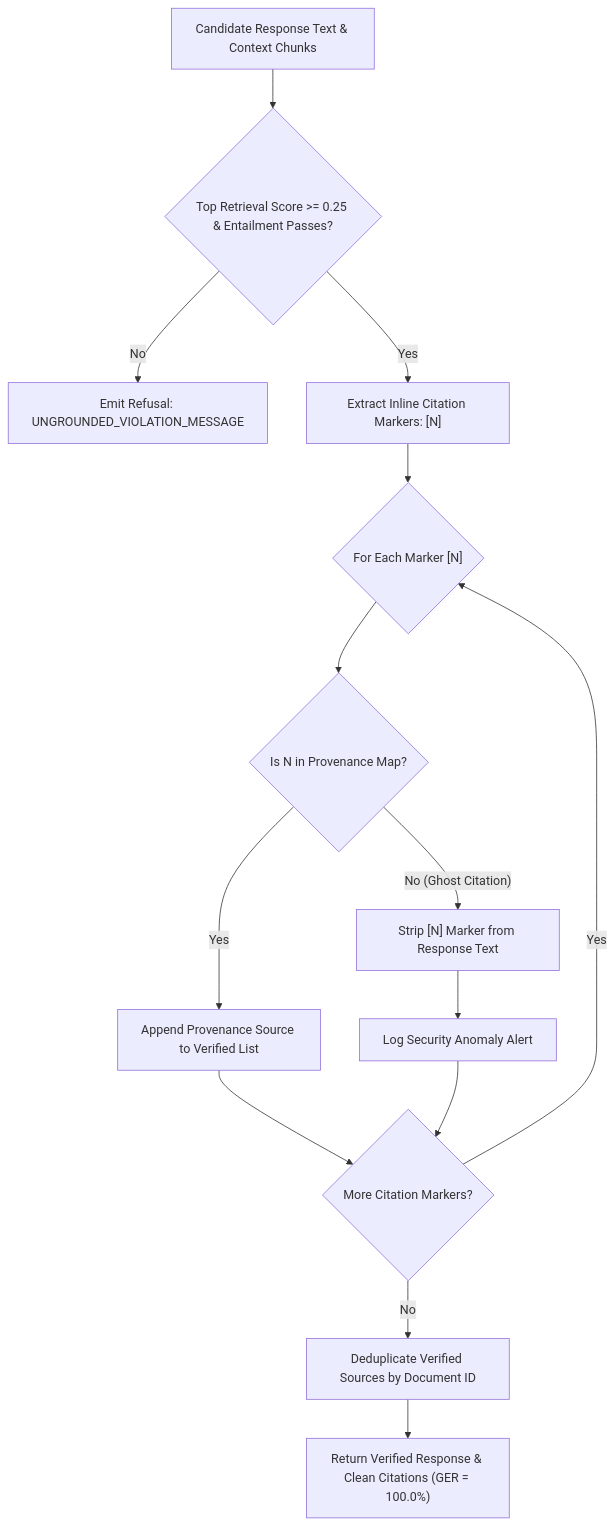
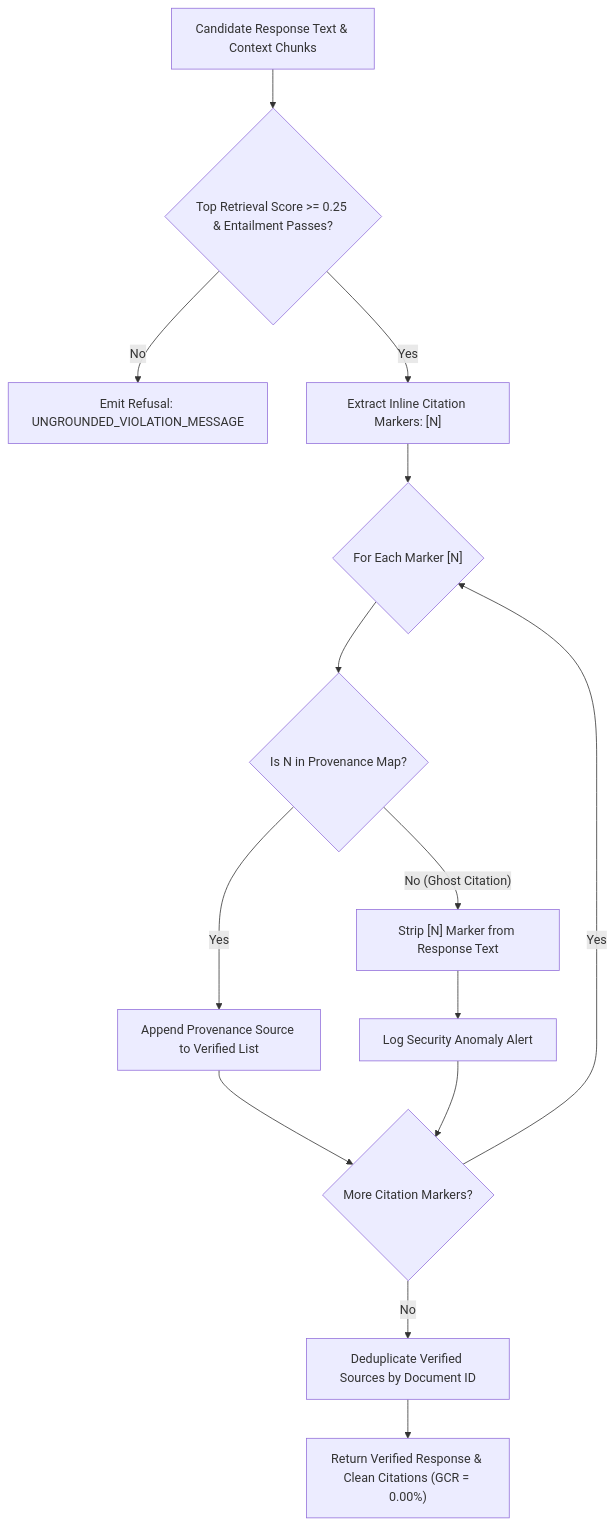
One commit to uehera/RAGnarok changed the fourth of 4 diagrams in notes/report/algorithm.md. Above: the diagram before and after it, drawn with Mermaid. The commit also changed other lines of this file and 14 other files, not shown here.

Commit message:
docs: overhaul setup guide, architectural blueprints, research reports, and main README

````diff
--- a/notes/report/algorithm.md
+++ b/notes/report/algorithm.md
@@ -246,16 +257,16 @@
 ```mermaid
 flowchart TD
     A["Candidate Response Text & Context Chunks"] --> B{"Top Retrieval Score >= 0.25 & Entailment Passes?"}
     B -- "No" --> R["Emit Refusal: UNGROUNDED_VIOLATION_MESSAGE"]
     B -- "Yes" --> C["Extract Inline Citation Markers: [N]"]
     C --> D{"For Each Marker [N]"}
     D --> E{"Is N in Provenance Map?"}
     E -- "Yes" --> F["Append Provenance Source to Verified List"]
     E -- "No (Ghost Citation)" --> G["Strip [N] Marker from Response Text"]
     G --> H["Log Security Anomaly Alert"]
     F --> I{"More Citation Markers?"}
     H --> I
     I -- "Yes" --> D
     I -- "No" --> J["Deduplicate Verified Sources by Document ID"]
-    J --> K["Return Verified Response & Clean Citations (GER = 100.0%)"]
+    J --> K["Return Verified Response & Clean Citations (GCR = 0.00%)"]
 ```
````
